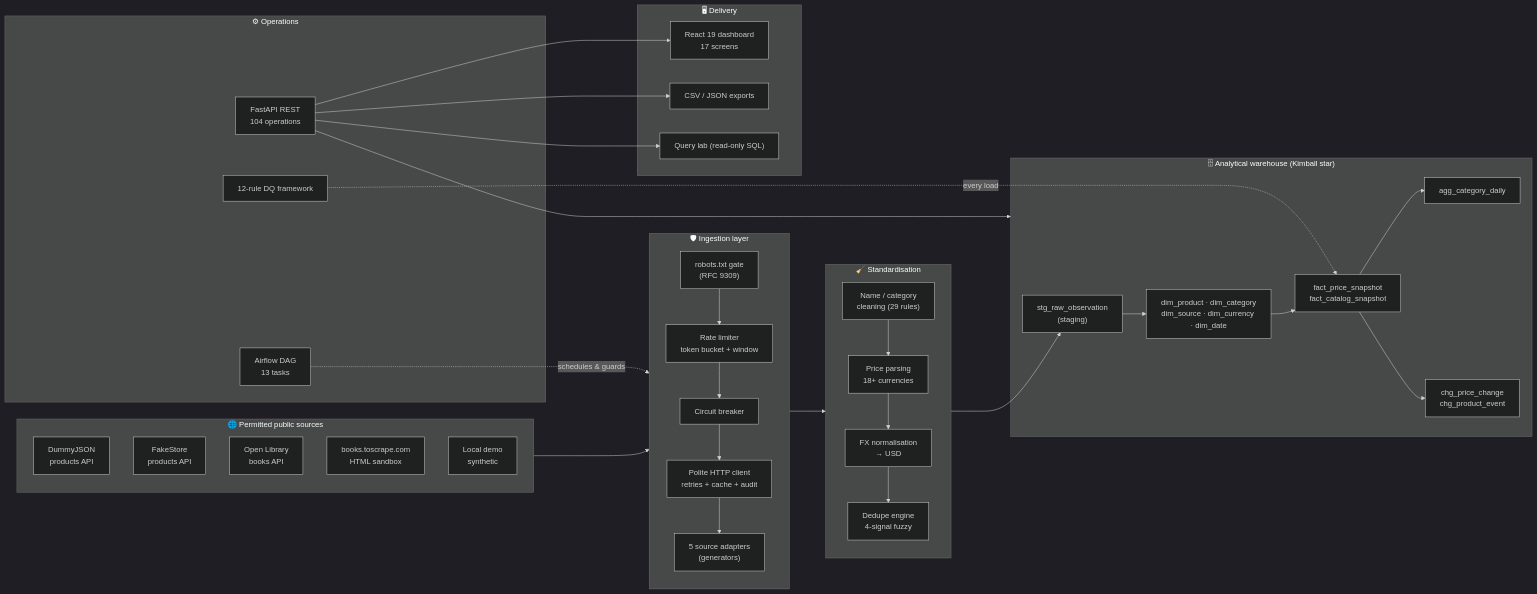
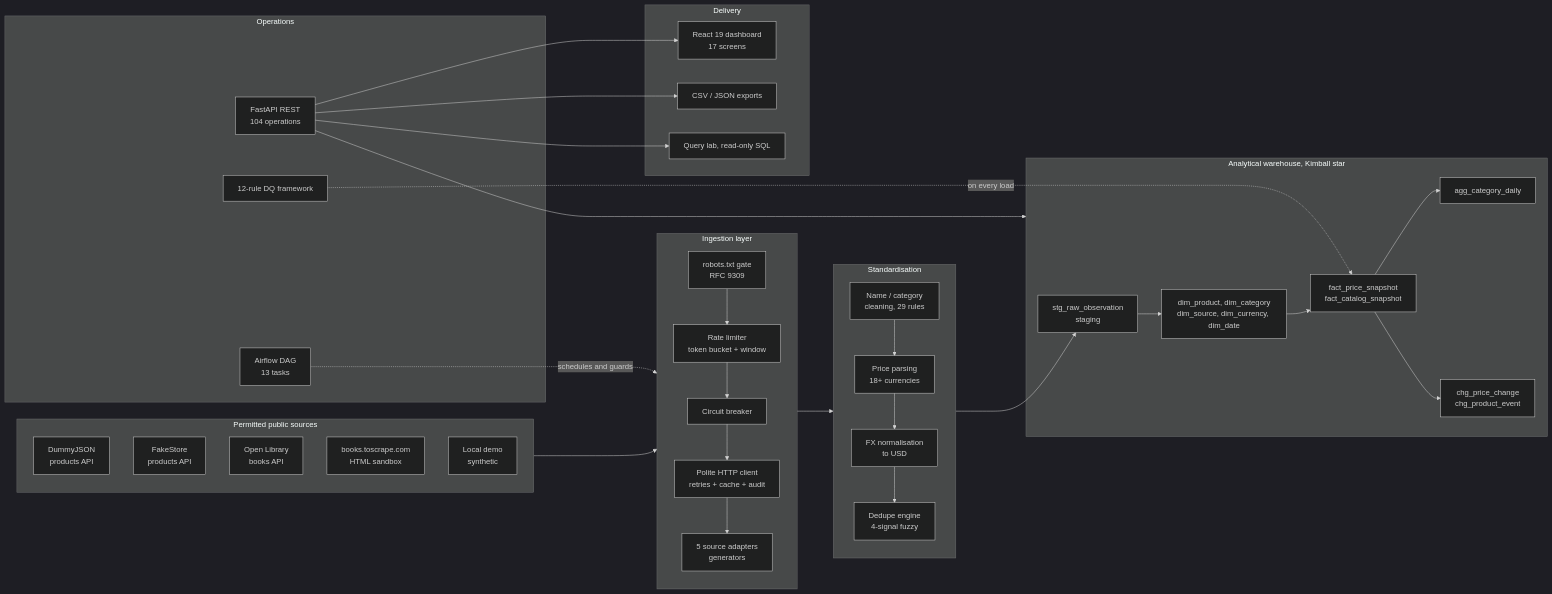
Before and after one commit to Ahmedbakr78/Web-to-Warehouse-Product-Intelligence-Pipeline: the first of 9 diagrams in README.md, drawn with Mermaid (dark theme). The commit also changed other lines of this file, not shown here.

````diff
--- a/README.md
+++ b/README.md
@@ -171,55 +194,55 @@
 ```mermaid
 flowchart LR
-    subgraph Sources["🌐 Permitted public sources"]
+    subgraph Sources["Permitted public sources"]
         A1["DummyJSON<br/>products API"]
         A2["FakeStore<br/>products API"]
         A3["Open Library<br/>books API"]
         A4["books.toscrape.com<br/>HTML sandbox"]
         A5["Local demo<br/>synthetic"]
     end
 
-    subgraph Ingest["🛡 Ingestion layer"]
+    subgraph Ingest["Ingestion layer"]
         direction TB
-        R["robots.txt gate<br/>(RFC 9309)"]
+        R["robots.txt gate<br/>RFC 9309"]
         RL["Rate limiter<br/>token bucket + window"]
         CB["Circuit breaker"]
         HC["Polite HTTP client<br/>retries + cache + audit"]
-        S["5 source adapters<br/>(generators)"]
+        S["5 source adapters<br/>generators"]
         R --> RL --> CB --> HC --> S
     end
 
-    subgraph Clean["🧹 Standardisation"]
-        C1["Name / category<br/>cleaning (29 rules)"]
+    subgraph Clean["Standardisation"]
+        C1["Name / category<br/>cleaning, 29 rules"]
         C2["Price parsing<br/>18+ currencies"]
-        C3["FX normalisation<br/>→ USD"]
+        C3["FX normalisation<br/>to USD"]
         DD["Dedupe engine<br/>4-signal fuzzy"]
         C1 --> C2 --> C3 --> DD
     end
 
-    subgraph Wh["🗄 Analytical warehouse (Kimball star)"]
-        STG["stg_raw_observation<br/>(staging)"]
-        DIM["dim_product · dim_category<br/>dim_source · dim_currency · dim_date"]
+    subgraph Wh["Analytical warehouse, Kimball star"]
+        STG["stg_raw_observation<br/>staging"]
+        DIM["dim_product, dim_category<br/>dim_source, dim_currency, dim_date"]
         FACT["fact_price_snapshot<br/>fact_catalog_snapshot"]
         AGG["agg_category_daily"]
         CHG["chg_price_change<br/>chg_product_event"]
         STG --> DIM --> FACT --> AGG & CHG
     end
 
-    subgraph Ops["⚙ Operations"]
+    subgraph Ops["Operations"]
         AF["Airflow DAG<br/>13 tasks"]
         API["FastAPI REST<br/>104 operations"]
         DQ["12-rule DQ framework"]
     end
 
-    subgraph UI["🖥 Delivery"]
+    subgraph UI["Delivery"]
         RE["React 19 dashboard<br/>17 screens"]
         EXP["CSV / JSON exports"]
-        QL["Query lab (read-only SQL)"]
+        QL["Query lab, read-only SQL"]
     end
 
     Sources --> Ingest --> Clean --> STG
-    AF -.schedules & guards.-> Ingest
+    AF -.schedules and guards.-> Ingest
     API --> Wh
     API --> RE & EXP & QL
-    DQ -.every load.-> FACT
+    DQ -.on every load.-> FACT
 ```
````
